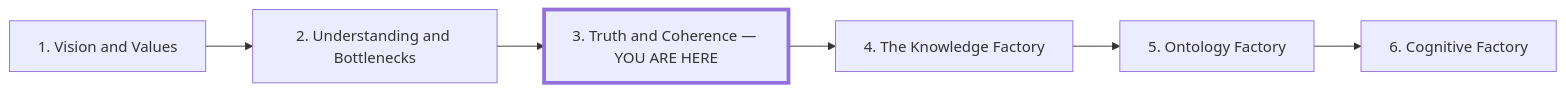
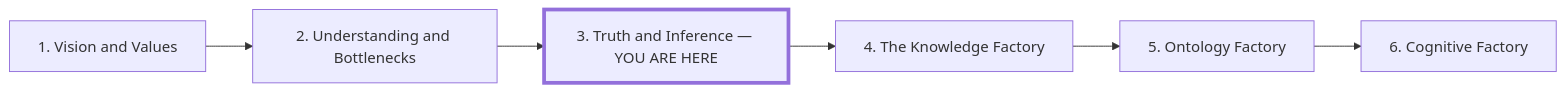
The diagram in libs/blogs/articles/truth-and-inference/draft/outline.md (th-m/th-m), drawn with Mermaid before and after one commit. The commit also changed other lines of this file and 23 other files, not shown here.

Commit message:
edit(truth-and-inference): restore title and practical framing

````diff
--- a/libs/blogs/articles/truth-and-inference/draft/outline.md
+++ b/libs/blogs/articles/truth-and-inference/draft/outline.md
@@ -53,11 +58,11 @@
 ```mermaid
 flowchart LR
   V["1. Vision and Values"]
   U["2. Understanding and Bottlenecks"]
-  T["3. Truth and Coherence — YOU ARE HERE"]
+  T["3. Truth and Inference — YOU ARE HERE"]
   K["4. The Knowledge Factory"]
   O["5. Ontology Factory"]
   C["6. Cognitive Factory"]
   V --> U --> T --> K --> O --> C
   style T stroke-width:4px
 ```
````
